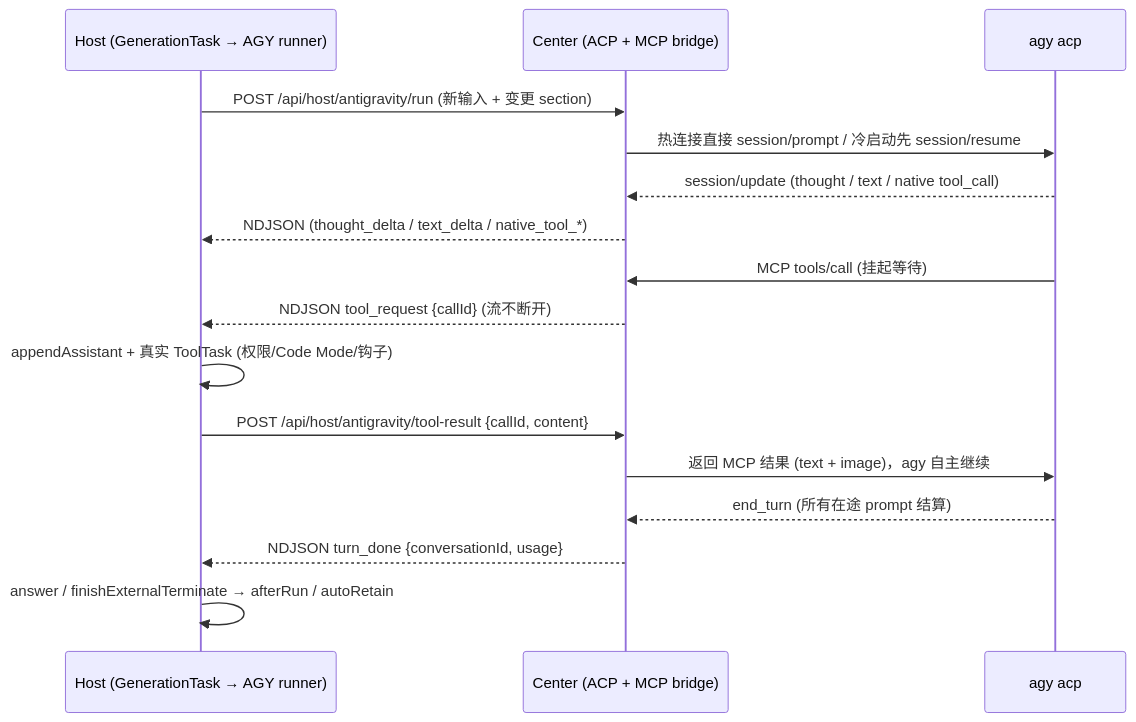
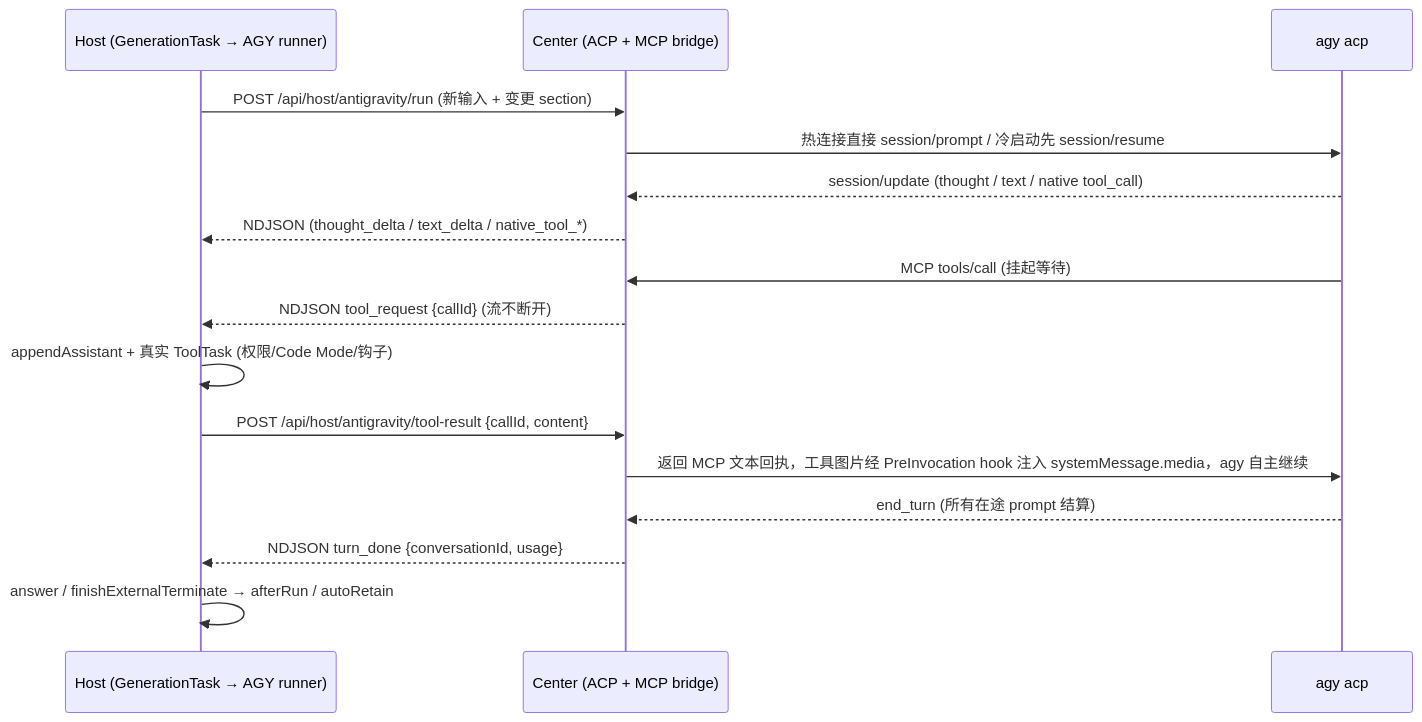
The diagram in docs/antigravity-center.md (FireSpoonYZ/PiBot), drawn with Mermaid before and after one commit. The commit also changed other lines of this file and 16 other files, not shown here.

Commit message:
fix(antigravity): deliver tool-result images via PreInvocation hook

````diff
--- a/docs/antigravity-center.md
+++ b/docs/antigravity-center.md
@@ -9,18 +9,18 @@
 ```mermaid
 sequenceDiagram
   participant H as Host (GenerationTask → AGY runner)
   participant C as Center (ACP + MCP bridge)
   participant A as agy acp
   H->>C: POST /api/host/antigravity/run (新输入 + 变更 section)
   C->>A: 热连接直接 session/prompt / 冷启动先 session/resume
   A-->>C: session/update (thought / text / native tool_call)
   C-->>H: NDJSON (thought_delta / text_delta / native_tool_*)
   A->>C: MCP tools/call (挂起等待)
   C-->>H: NDJSON tool_request {callId} (流不断开)
   H->>H: appendAssistant + 真实 ToolTask (权限/Code Mode/钩子)
   H->>C: POST /api/host/antigravity/tool-result {callId, content}
-  C->>A: 返回 MCP 结果 (text + image)，agy 自主继续
+  C->>A: 返回 MCP 文本回执，工具图片经 PreInvocation hook 注入 systemMessage.media，agy 自主继续
   A-->>C: end_turn (所有在途 prompt 结算)
   C-->>H: NDJSON turn_done {conversationId, usage}
   H->>H: answer / finishExternalTerminate → afterRun / autoRetain
 ```
````
